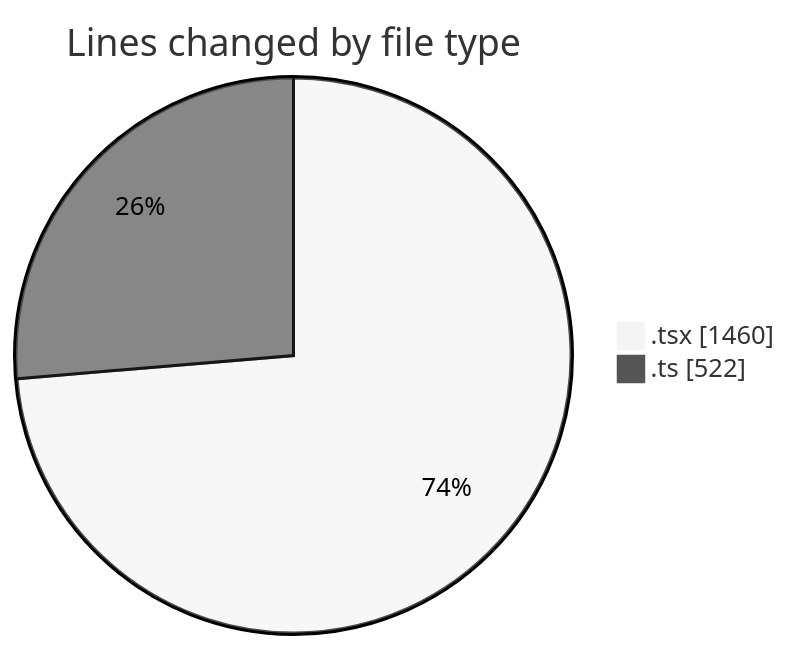
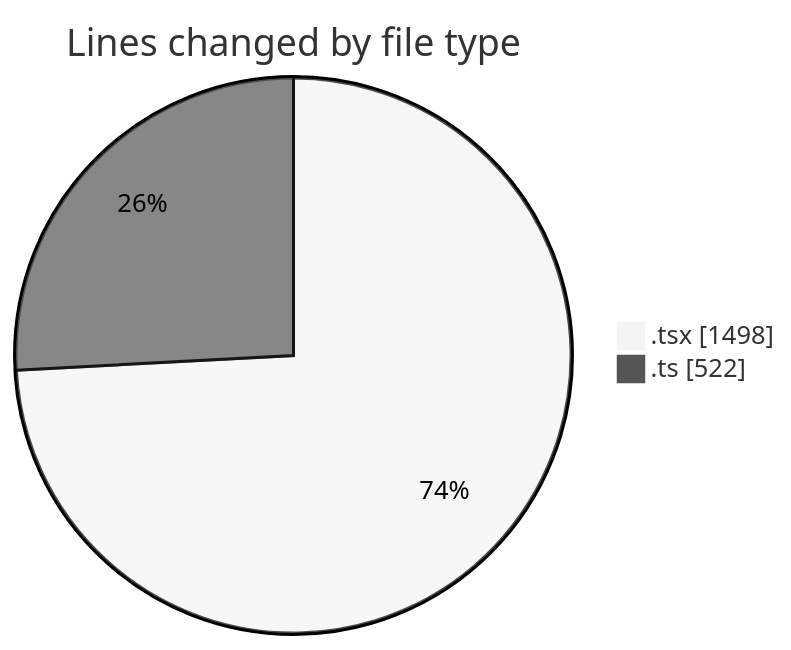
One commit to nxtqubesakshisongat/code-tracking changed the first of 2 diagrams in 2026-04-03/nxtqube_webapp/README.md. Above: the diagram before and after it, drawn with Mermaid (neutral theme). The commit also changed other lines of this file and 1 other file, not shown here.

````diff
--- a/2026-04-03/nxtqube_webapp/README.md
+++ b/2026-04-03/nxtqube_webapp/README.md
@@ -22,6 +22,6 @@
 ```mermaid
 pie showData
 title Lines changed by file type
-".tsx" : 1460
+".tsx" : 1498
 ".ts" : 522
 ```
````
